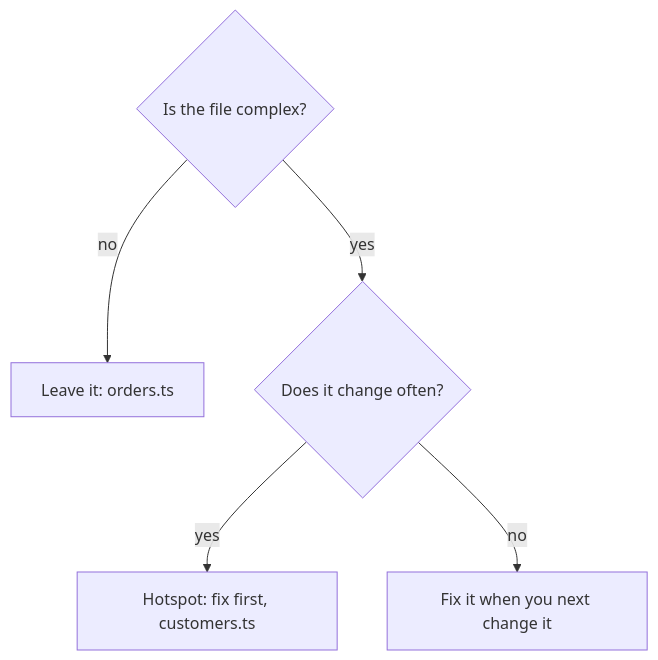
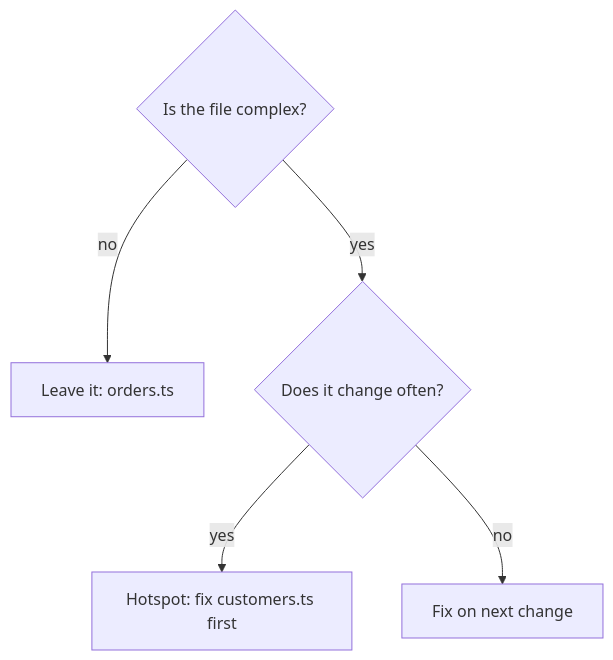
The diagram in analysis/health.mdx (fallow-rs/docs), drawn with Mermaid before and after one commit. The commit also changed other lines of this file and 12 other files, not shown here.

First line of the commit message:
docs: draw the diagrams so that the site renders each label

````diff
--- a/analysis/health.mdx
+++ b/analysis/health.mdx
@@ -149,7 +149,12 @@
 ```mermaid
 flowchart TD
-  a{"Is the file complex?"} -->|no| b["Leave it: orders.ts"]
-  a -->|yes| c{"Does it change often?"}
-  c -->|yes| d["Hotspot: fix first, customers.ts"]
-  c -->|no| e["Fix it when you next change it"]
+  a{"Is the file complex?"}
+  b["Leave it: orders.ts"]
+  c{"Does it change often?"}
+  d["Hotspot: fix customers.ts first"]
+  e["Fix on next change"]
+  a -->|no| b
+  a -->|yes| c
+  c -->|yes| d
+  c -->|no| e
 ```
````
